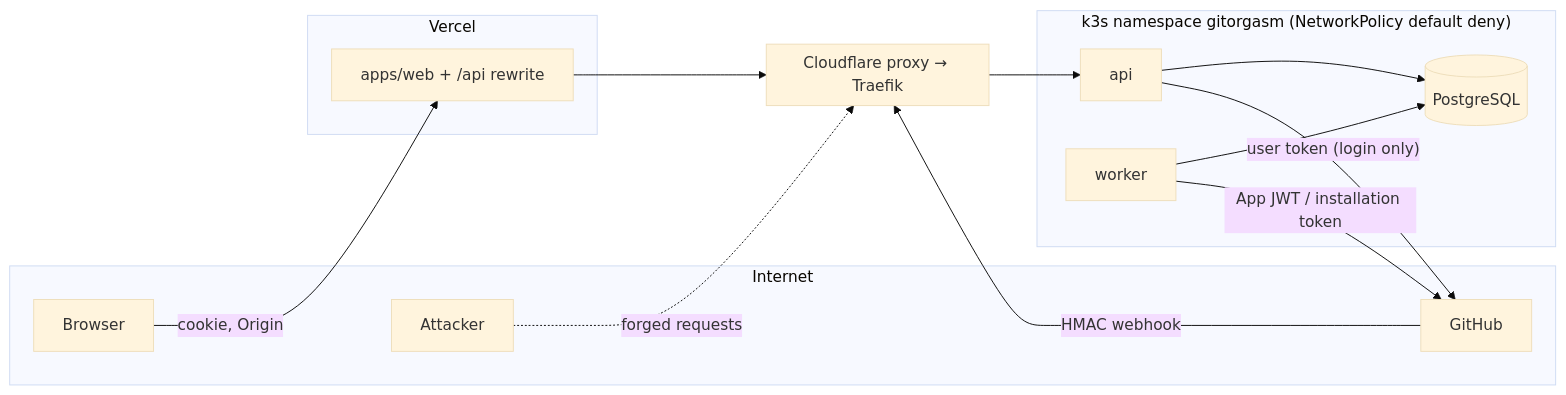
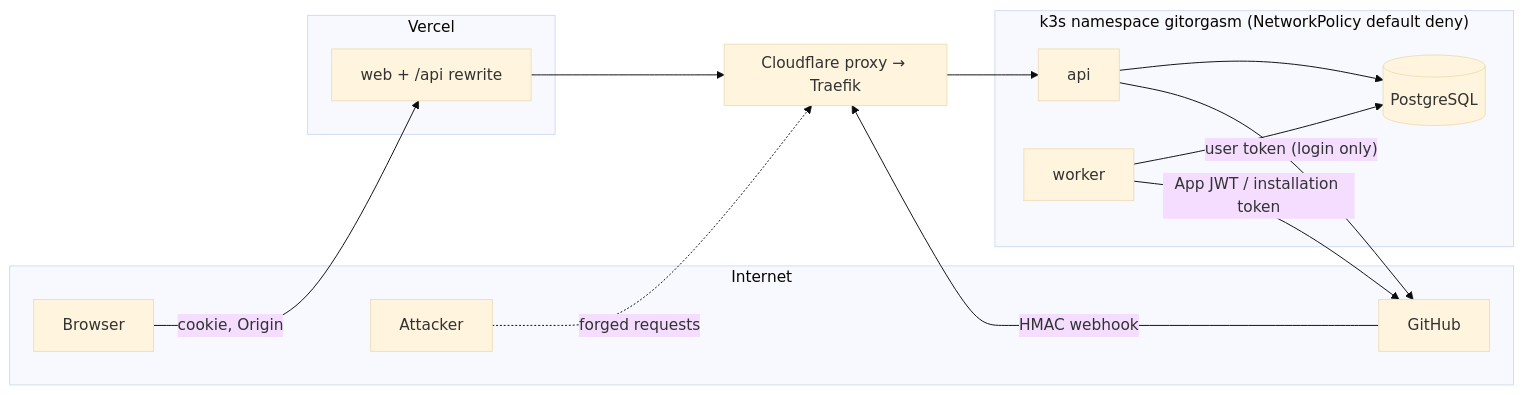
The diagram in docs/architecture/security-threat-model.md (upayanmazumder/gitorgasm), drawn with Mermaid (base theme) before and after one commit. The commit also changed other lines of this file and 143 other files, not shown here.

````diff
--- a/docs/architecture/security-threat-model.md
+++ b/docs/architecture/security-threat-model.md
@@ -22,25 +22,25 @@
 ```mermaid
 flowchart LR
   subgraph Internet
     B["Browser"]
     GH["GitHub"]
     ATT["Attacker"]
   end
   subgraph Vercel
-    WEB["apps/web + /api rewrite"]
+    WEB["web + /api rewrite"]
   end
   subgraph Edge["Cloudflare proxy → Traefik"]
   end
   subgraph Cluster["k3s namespace gitorgasm (NetworkPolicy default deny)"]
     API["api"]
     WRK["worker"]
     PG[("PostgreSQL")]
   end
   B -- "cookie, Origin" --> WEB --> Edge --> API
   GH -- "HMAC webhook" --> Edge
   API --> PG
   WRK --> PG
   WRK -- "App JWT / installation token" --> GH
   API -- "user token (login only)" --> GH
   ATT -. "forged requests" .-> Edge
 ```
````
